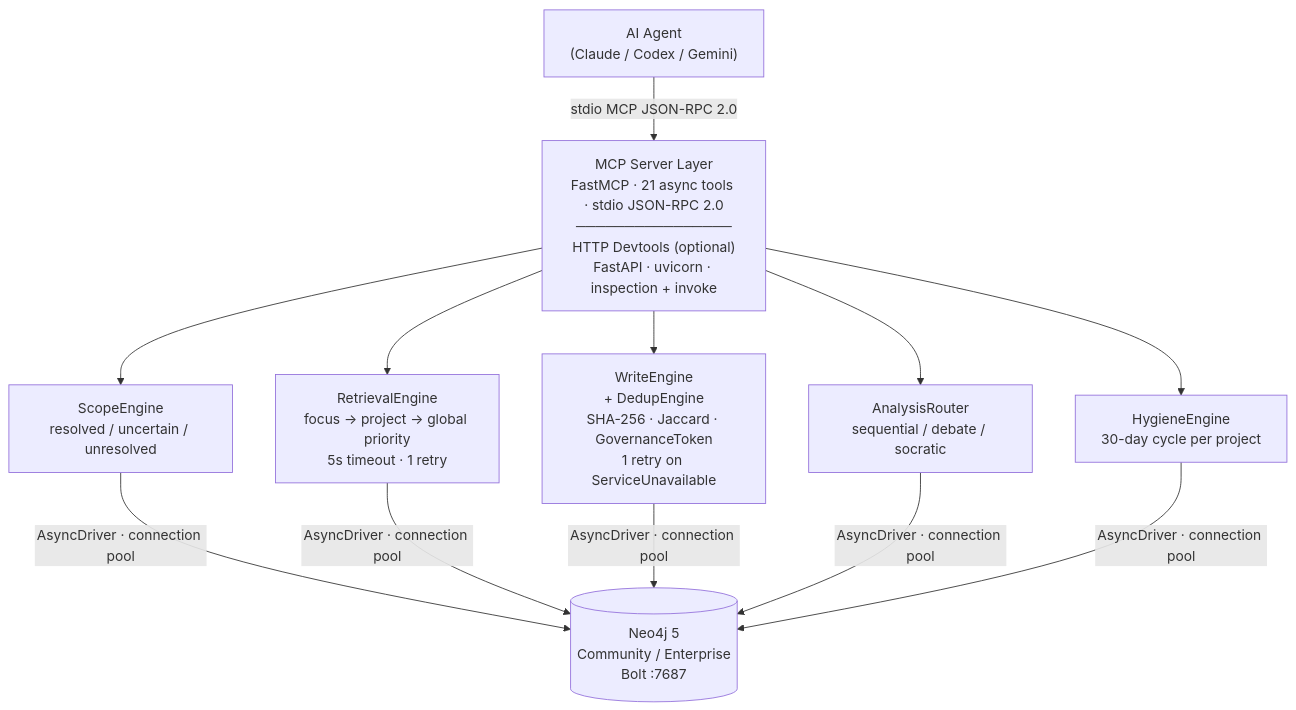
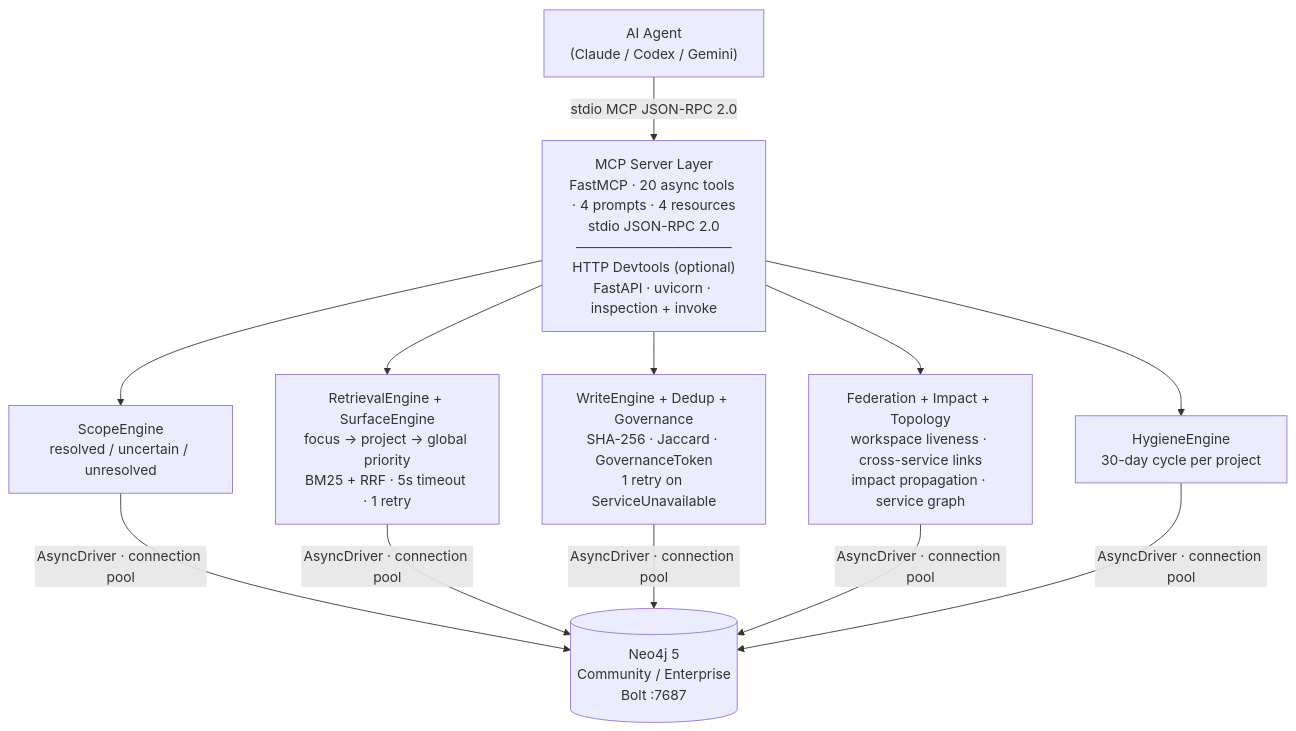
Before and after one commit to khoavu882/graphbase-memories-mcp: the diagram in docs/architecture/system.md, drawn with Mermaid. The commit also changed other lines of this file and 20 other files, not shown here.

````diff
--- a/docs/architecture/system.md
+++ b/docs/architecture/system.md
@@ -10,19 +10,19 @@
 ```mermaid
 graph TD
     A["AI Agent<br/>(Claude / Codex / Gemini)"]
-    B["MCP Server Layer<br/>FastMCP · 21 async tools · stdio JSON-RPC 2.0<br/>────────────────<br/>HTTP Devtools (optional)<br/>FastAPI · uvicorn · inspection + invoke"]
+    B["MCP Server Layer<br/>FastMCP · 20 async tools · 4 prompts · 4 resources<br/>stdio JSON-RPC 2.0<br/>────────────────<br/>HTTP Devtools (optional)<br/>FastAPI · uvicorn · inspection + invoke"]
     C["ScopeEngine<br/>resolved / uncertain / unresolved"]
-    D["RetrievalEngine<br/>focus → project → global priority<br/>5s timeout · 1 retry"]
-    E["WriteEngine<br/>+ DedupEngine<br/>SHA-256 · Jaccard · GovernanceToken<br/>1 retry on ServiceUnavailable"]
-    F["AnalysisRouter<br/>sequential / debate / socratic"]
+    D["RetrievalEngine + SurfaceEngine<br/>focus → project → global priority<br/>BM25 + RRF · 5s timeout · 1 retry"]
+    E["WriteEngine + Dedup + Governance<br/>SHA-256 · Jaccard · GovernanceToken<br/>1 retry on ServiceUnavailable"]
+    F["Federation + Impact + Topology<br/>workspace liveness · cross-service links<br/>impact propagation · service graph"]
     G["HygieneEngine<br/>30-day cycle per project"]
     N[("Neo4j 5<br/>Community / Enterprise<br/>Bolt :7687")]
 
     A -->|"stdio MCP JSON-RPC 2.0"| B
     B --> C
     B --> D
     B --> E
     B --> F
     B --> G
     C & D & E & F & G -->|"AsyncDriver · connection pool"| N
 ```
````
